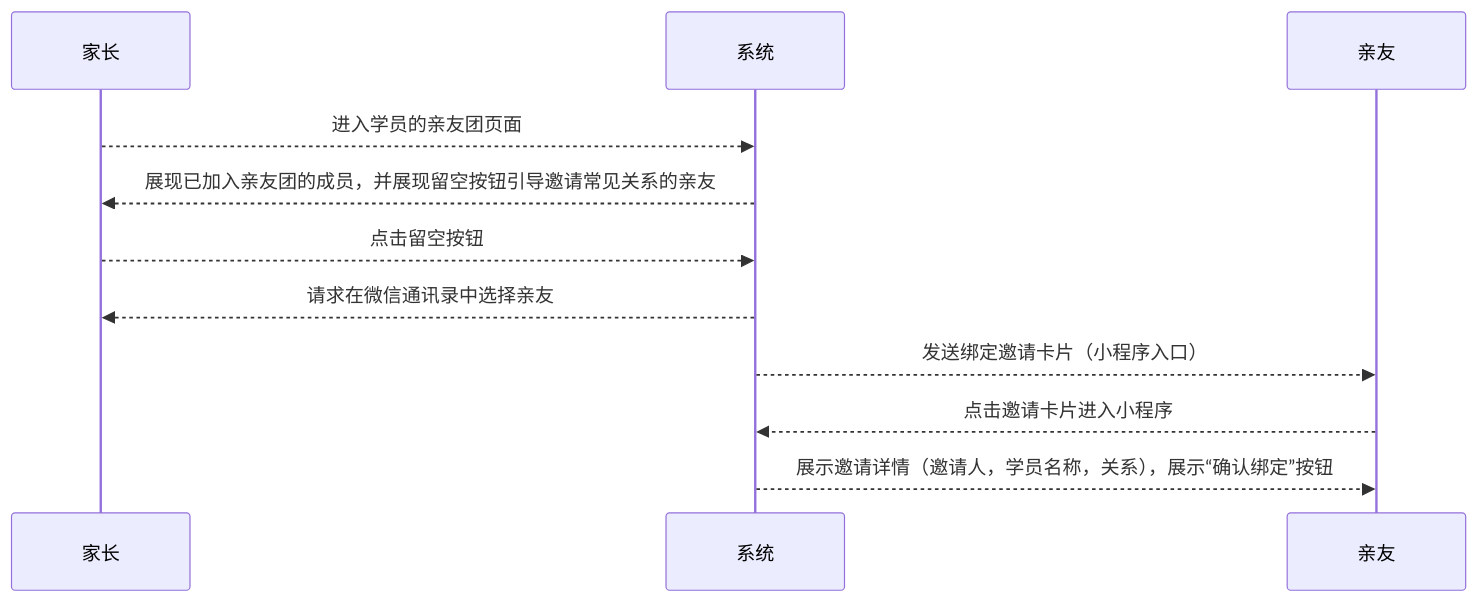
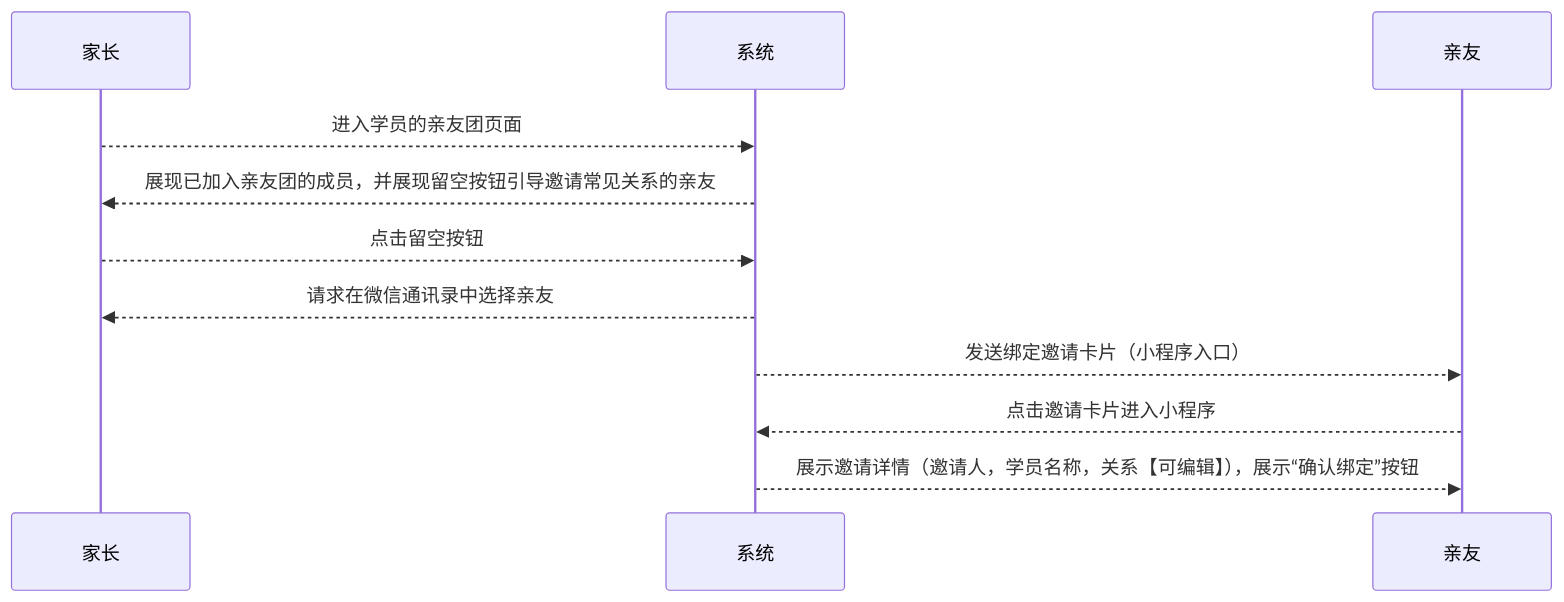
The first of 2 diagrams in 用例/家长-学员关系绑定.md (world-wide-web/sign), drawn with Mermaid before and after one commit. The commit also changed other lines of this file, not shown here.

````diff
--- a/用例/家长-学员关系绑定.md
+++ b/用例/家长-学员关系绑定.md
@@ -10,18 +10,18 @@
 ```mermaid
 sequenceDiagram
 
 家长-->>系统: 进入学员的亲友团页面
 
 系统-->>家长: 展现已加入亲友团的成员，并展现留空按钮引导邀请常见关系的亲友
 
 家长-->>系统: 点击留空按钮
 
 系统-->>家长: 请求在微信通讯录中选择亲友
 
 系统-->>亲友: 发送绑定邀请卡片（小程序入口）
 
 亲友-->>系统: 点击邀请卡片进入小程序
 
-系统-->>亲友: 展示邀请详情（邀请人，学员名称，关系），展示“确认绑定”按钮
+系统-->>亲友: 展示邀请详情（邀请人，学员名称，关系【可编辑】），展示“确认绑定”按钮
 
 ```
````
